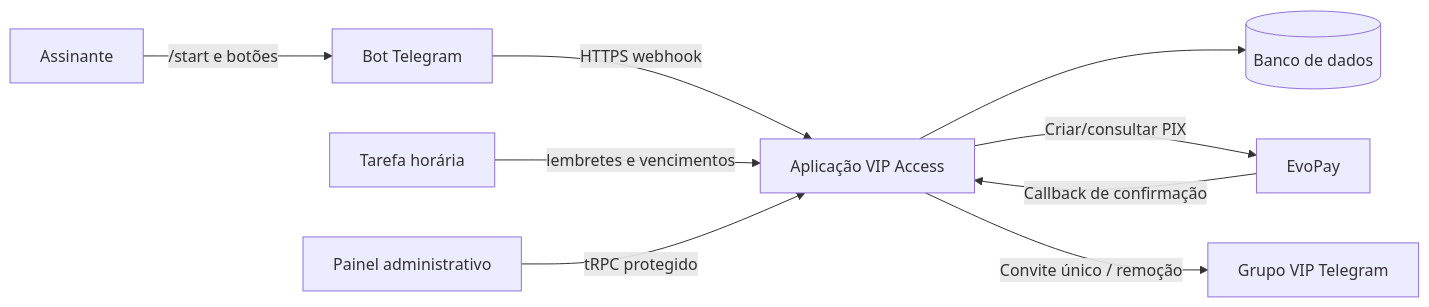
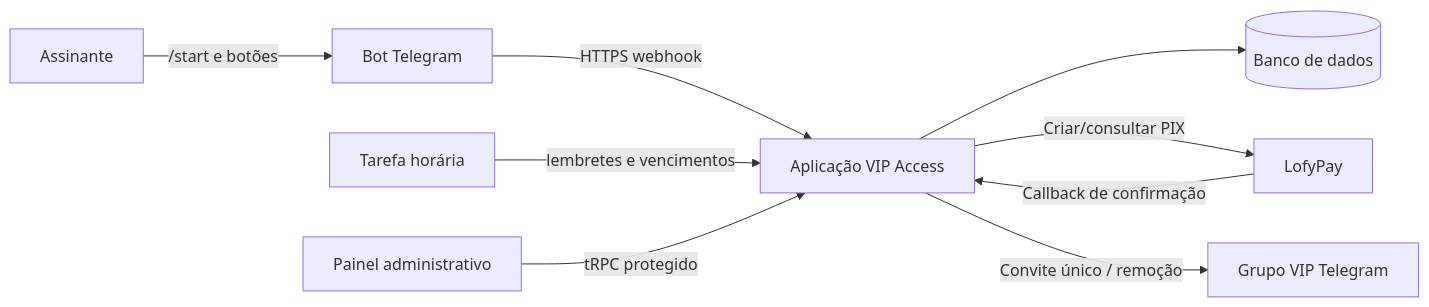
The diagram in README.md (V1trixz/ConteudoVIP), drawn with Mermaid before and after one commit. The commit also changed other lines of this file and 9 other files, not shown here.

First line of the commit message:
Replace remaining EvoPay references with LofyPay

````diff
--- a/README.md
+++ b/README.md
@@ -20,11 +20,11 @@
 ```mermaid
 flowchart LR
   U[Assinante] -->|/start e botões| T[Bot Telegram]
   T -->|HTTPS webhook| A[Aplicação VIP Access]
   A --> D[(Banco de dados)]
-  A -->|Criar/consultar PIX| E[EvoPay]
+  A -->|Criar/consultar PIX| E[LofyPay]
   E -->|Callback de confirmação| A
   A -->|Convite único / remoção| G[Grupo VIP Telegram]
   H[Tarefa horária] -->|lembretes e vencimentos| A
   P[Painel administrativo] -->|tRPC protegido| A
 ```
````
